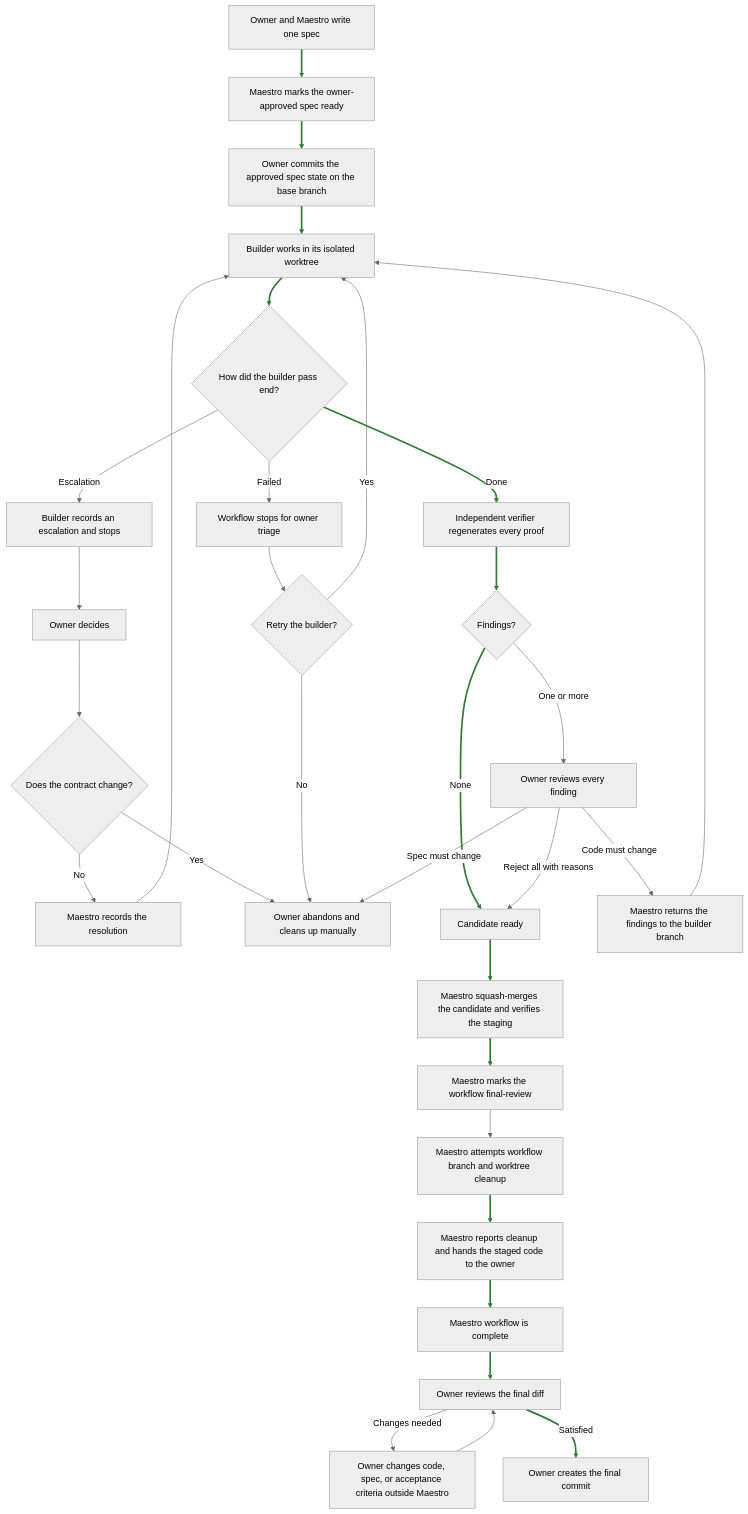
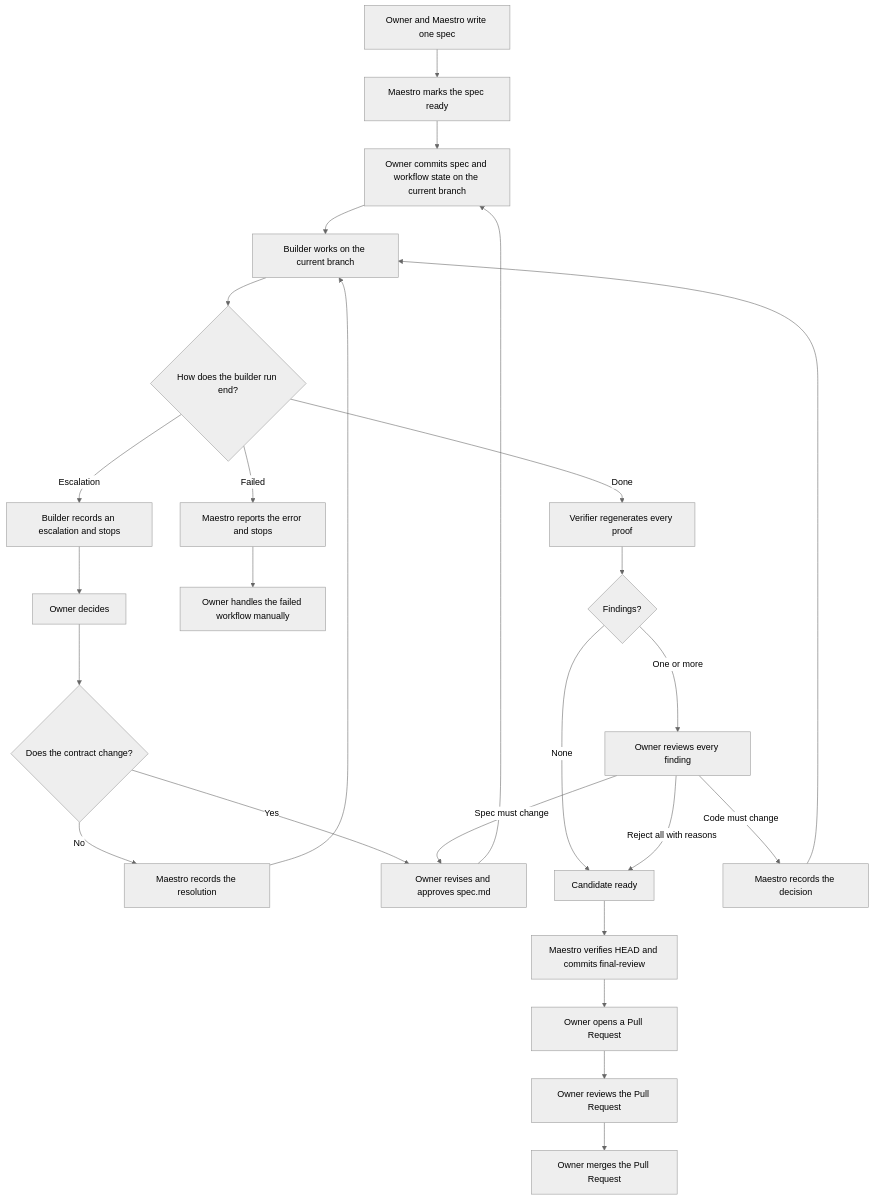
Before and after one commit to emilioSp/pi-maestro: the diagram in docs/workflow.md, drawn with Mermaid (neutral theme). The commit also changed other lines of this file and 108 other files, not shown here.

````diff
--- a/docs/workflow.md
+++ b/docs/workflow.md
@@ -60,50 +78,40 @@
 ```mermaid
 flowchart TD
     spec[Owner and Maestro write one spec]
-    ready[Maestro marks the owner-approved spec ready]
-    approval[Owner commits the approved spec state on the base branch]
-    build[Builder works in its isolated worktree]
-    buildOutcome{How did the builder pass end?}
+    ready[Maestro marks the spec ready]
+    approval[Owner commits spec and workflow state on the current branch]
+    build[Builder works on the current branch]
+    buildOutcome{How does the builder run end?}
 
     spec --> ready
     ready --> approval
     approval --> build
     build --> buildOutcome
 
     buildOutcome -->|Escalation| escalation[Builder records an escalation and stops]
     escalation --> ownerAnswer[Owner decides]
     ownerAnswer --> escalationOutcome{Does the contract change?}
     escalationOutcome -->|No| recordContinue[Maestro records the resolution]
     recordContinue --> build
-    escalationOutcome -->|Yes| manualAbandon[Owner abandons and cleans up manually]
+    escalationOutcome -->|Yes| reviseSpec[Owner revises and approves spec.md]
+    reviseSpec --> approval
 
-    buildOutcome -->|Failed| builderFailed[Workflow stops for owner triage]
-    builderFailed --> retryBuilder{Retry the builder?}
-    retryBuilder -->|Yes| build
-    retryBuilder -->|No| manualAbandon
+    buildOutcome -->|Failed| builderFailed[Maestro reports the error and stops]
+    builderFailed --> abandoned[Owner handles the failed workflow manually]
 
-    buildOutcome -->|Done| verify[Independent verifier regenerates every proof]
+    buildOutcome -->|Done| verify[Verifier regenerates every proof]
     verify --> findings{Findings?}
 
     findings -->|None| candidate[Candidate ready]
     findings -->|One or more| ownerFindings[Owner reviews every finding]
 
     ownerFindings -->|Reject all with reasons| candidate
-    ownerFindings -->|Code must change| returnBuilder[Maestro returns the findings to the builder branch]
+    ownerFindings -->|Code must change| returnBuilder[Maestro records the decision]
     returnBuilder --> build
+    ownerFindings -->|Spec must change| reviseSpec
 
-    ownerFindings -->|Spec must change| manualAbandon
-
-    candidate --> staged[Maestro squash-merges the candidate and verifies the staging]
-    staged --> finalState[Maestro marks the workflow final-review]
-    finalState --> cleanup[Maestro attempts workflow branch and worktree cleanup]
-    cleanup --> finalSummary[Maestro reports cleanup and hands the staged code to the owner]
-    finalSummary --> workflowDone[Maestro workflow is complete]
-    workflowDone --> humanReview[Owner reviews the final diff]
-
-    humanReview -->|Changes needed| adjust[Owner changes code, spec, or acceptance criteria outside Maestro]
-    adjust --> humanReview
-    humanReview -->|Satisfied| finalCommit[Owner creates the final commit]
-
-    linkStyle 0,1,2,3,14,15,16,22,23,25,26,27,30 stroke:#2e7d32,stroke-width:3px
+    candidate --> finalReview[Maestro verifies HEAD and commits final-review]
+    finalReview --> pullRequest[Owner opens a Pull Request]
+    pullRequest --> ownerReview[Owner reviews the Pull Request]
+    ownerReview --> merge[Owner merges the Pull Request]
 ```
````
